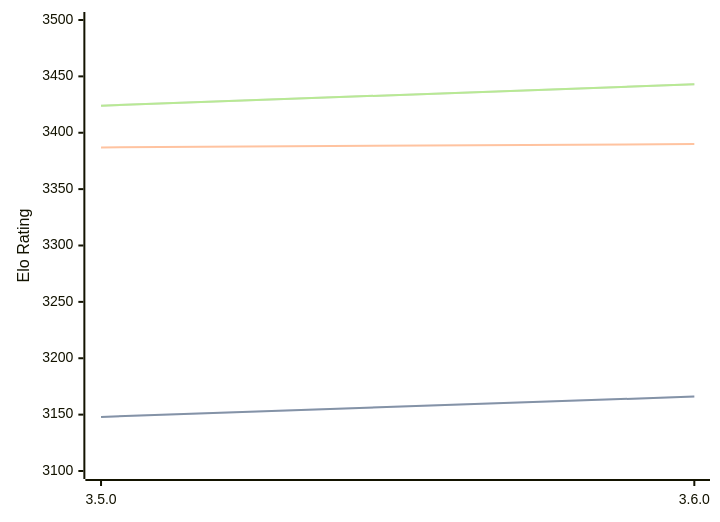
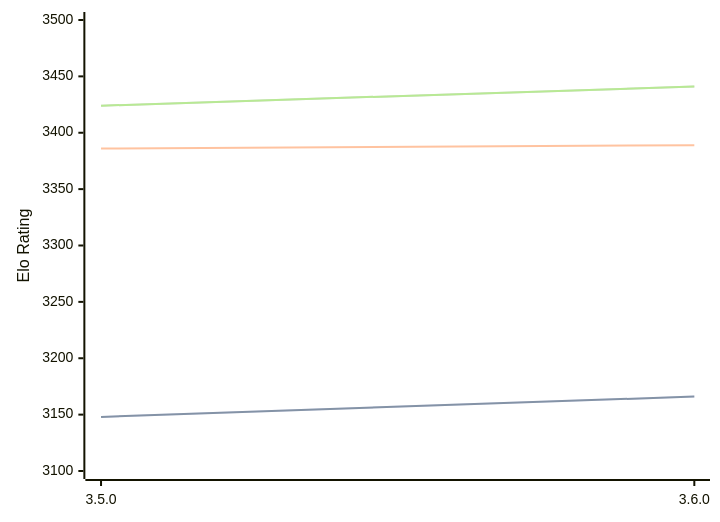
Before and after one commit to computer-chess-index/cci: the diagram in engines/Igel.md, drawn with Mermaid. The commit also changed other lines of this file, not shown here.

Commit message:
Update CCI Ratings (ELO VLTC) - 2026-06-12

````diff
--- a/engines/Igel.md
+++ b/engines/Igel.md
@@ -68,11 +68,11 @@
 ```mermaid
 %%{init: {"theme":"base","themeVariables":{"seriesColors:['#a3a3a3','#222221','#faa371']}}}%%
 xychart-beta
   x-axis ["3.5.0", "3.6.0"]
   y-axis "Elo Rating" 3100 --> 3500
   line "STC (8.0+0.08s)" [3148, 3166]
   line "STC (8.0+0.08s)" [3148, 3166]
-  line "LTC (60.0+0.60s)" [3387, 3390]
-  line "VLTC (2m24s+1.12s)" [3424, 3443]
-  line "VLTC (2m24s+1.12s)" [3424, 3443]
+  line "LTC (60.0+0.60s)" [3386, 3389]
+  line "VLTC (2m24s+1.12s)" [3424, 3441]
+  line "VLTC (2m24s+1.12s)" [3424, 3441]
 ```
````
